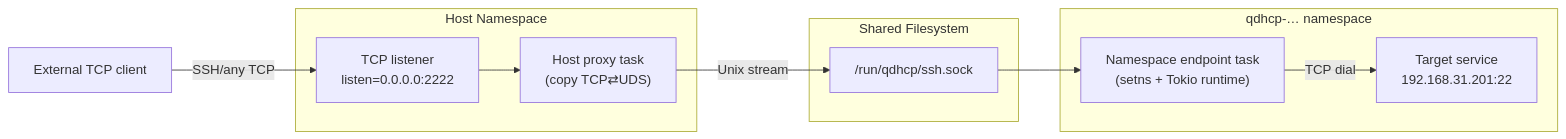
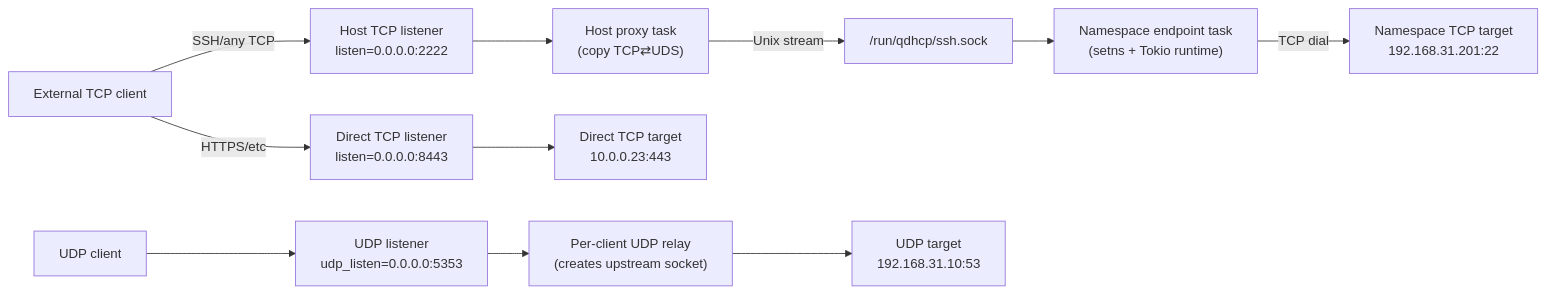
The diagram in README.md (FakeKuryr/pfwd), drawn with Mermaid before and after one commit. The commit also changed other lines of this file and 11 other files, not shown here.

Commit message:
feat: add tcp/udp proxy modes and improve logging

````diff
--- a/README.md
+++ b/README.md
@@ -24,21 +26,21 @@
 ```mermaid
 flowchart LR
-    subgraph Host Namespace
-        TCPListener["TCP listener<br/>listen=0.0.0.0:2222"]
-        HostTask["Host proxy task\n(copy TCP⇄UDS)"]
-    end
+    Client["External TCP client"]
+    TCPListener["Host TCP listener<br/>listen=0.0.0.0:2222"]
+    HostTask["Host proxy task\n(copy TCP⇄UDS)"]
+    UDS["/run/qdhcp/ssh.sock"]
+    NamespaceTask["Namespace endpoint task\n(setns + Tokio runtime)"]
+    Target["Namespace TCP target\n192.168.31.201:22"]
 
-    subgraph Shared Filesystem
-        UDS["/run/qdhcp/ssh.sock"]
-    end
+    DirectTCPListen["Direct TCP listener<br/>listen=0.0.0.0:8443"]
+    DirectTCPTarget["Direct TCP target\n10.0.0.23:443"]
 
-    subgraph Guest Namespace["qdhcp-… namespace"]
-        NamespaceTask["Namespace endpoint task\n(setns + Tokio runtime)"]
-        Target["Target service\n192.168.31.201:22"]
-    end
+    UDPClient["UDP client"]
+    UDPListen["UDP listener\nudp_listen=0.0.0.0:5353"]
+    UDPRelay["Per-client UDP relay\n(creates upstream socket)"]
+    UDPTarget["UDP target\n192.168.31.10:53"]
 
-    Client["External TCP client"]
-
-    Client -->|SSH/any TCP| TCPListener --> HostTask -->|Unix stream| UDS
-    UDS --> NamespaceTask -->|TCP dial| Target
+    Client -->|SSH/any TCP| TCPListener --> HostTask -->|Unix stream| UDS --> NamespaceTask -->|TCP dial| Target
+    Client -->|HTTPS/etc| DirectTCPListen --> DirectTCPTarget
+    UDPClient --> UDPListen --> UDPRelay --> UDPTarget
 ```
````
